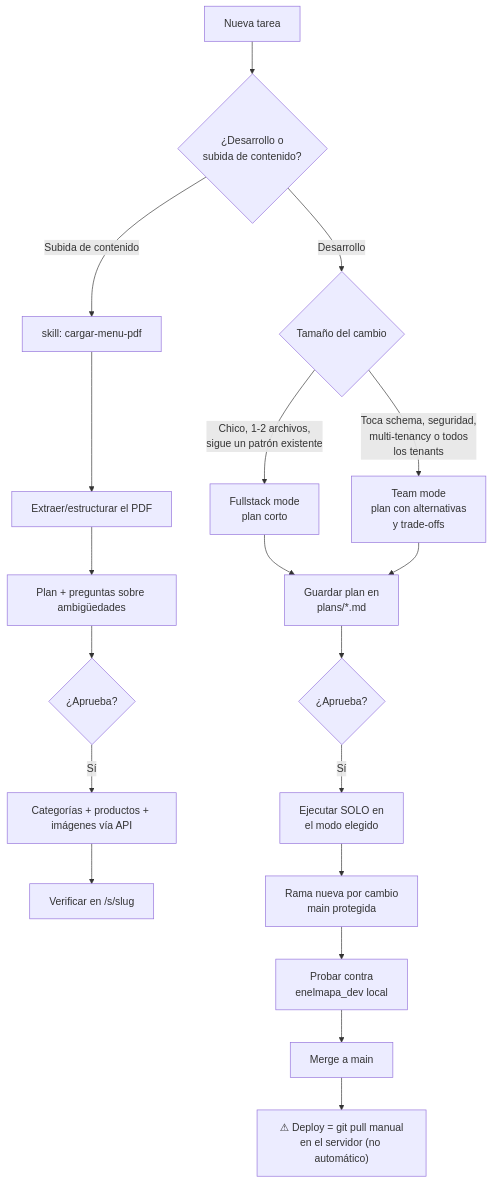
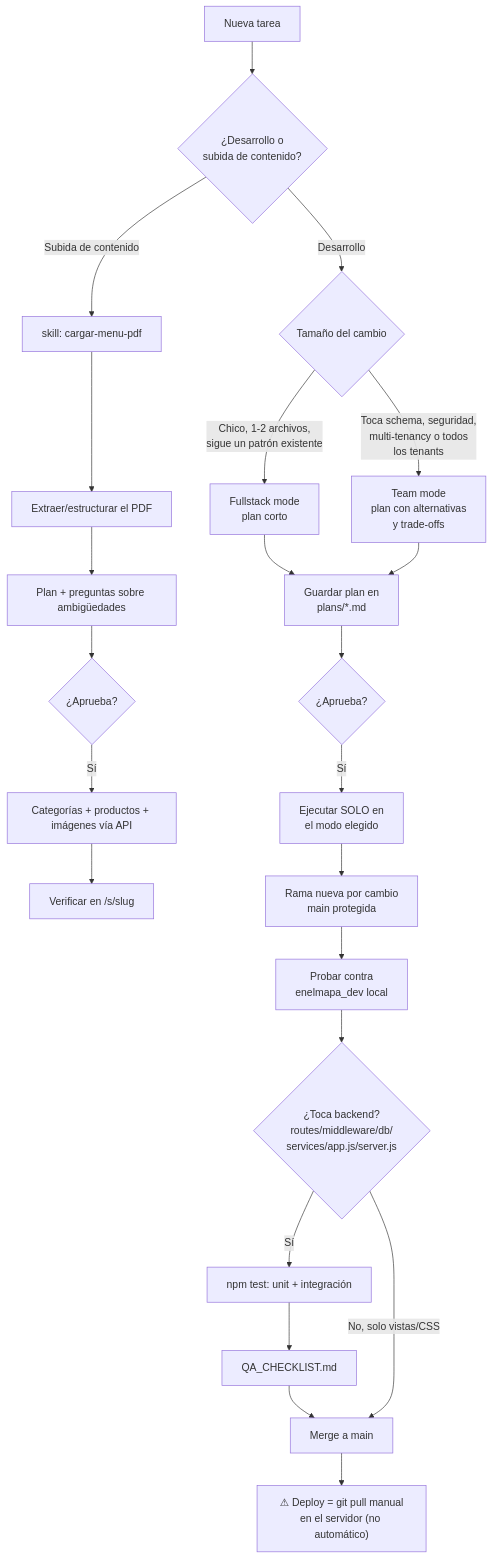
One commit to PL-axm/enelmapa changed the diagram in WORKFLOW.md. Above: the diagram before and after it, drawn with Mermaid. The commit also changed other lines of this file and 18 other files, not shown here.

````diff
--- a/WORKFLOW.md
+++ b/WORKFLOW.md
@@ -6,24 +6,28 @@
 ```mermaid
 flowchart TD
     A[Nueva tarea] --> B{¿Desarrollo o<br/>subida de contenido?}
 
     B -->|Subida de contenido| C[skill: cargar-menu-pdf]
     C --> C1[Extraer/estructurar el PDF]
     C1 --> C2[Plan + preguntas sobre ambigüedades]
     C2 --> C3{¿Aprueba?}
     C3 -->|Sí| C4[Categorías + productos + imágenes vía API]
     C4 --> C5[Verificar en /s/slug]
 
     B -->|Desarrollo| D{Tamaño del cambio}
     D -->|Chico, 1-2 archivos,<br/>sigue un patrón existente| E[Fullstack mode<br/>plan corto]
     D -->|Toca schema, seguridad,<br/>multi-tenancy o todos<br/>los tenants| F[Team mode<br/>plan con alternativas<br/>y trade-offs]
 
     E --> G[Guardar plan en<br/>plans/*.md]
     F --> G
     G --> H{¿Aprueba?}
     H -->|Sí| I[Ejecutar SOLO en<br/>el modo elegido]
     I --> J[Rama nueva por cambio<br/>main protegida]
     J --> K[Probar contra<br/>enelmapa_dev local]
-    K --> L[Merge a main]
+    K --> K1{¿Toca backend?<br/>routes/middleware/db/<br/>services/app.js/server.js}
+    K1 -->|Sí| K2[npm test: unit + integración]
+    K2 --> K3[QA_CHECKLIST.md]
+    K3 --> L
+    K1 -->|No, solo vistas/CSS| L[Merge a main]
     L --> M["⚠ Deploy = git pull manual<br/>en el servidor (no automático)"]
 ```
````
